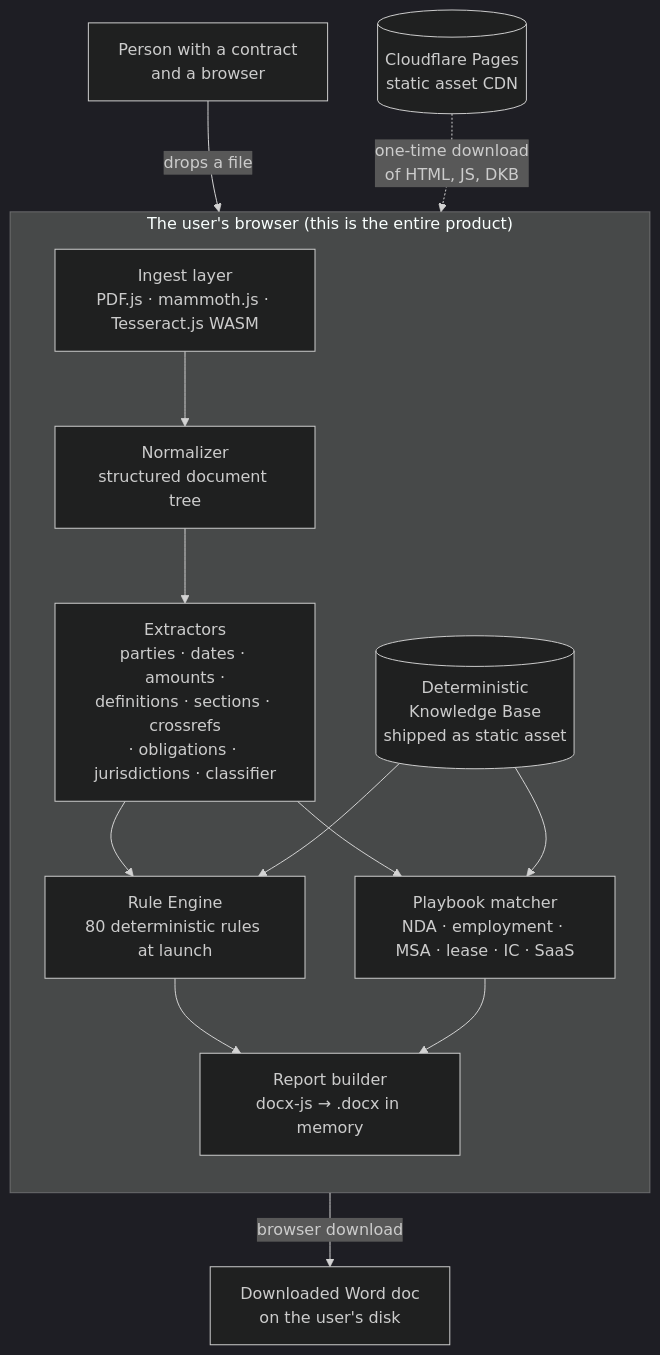
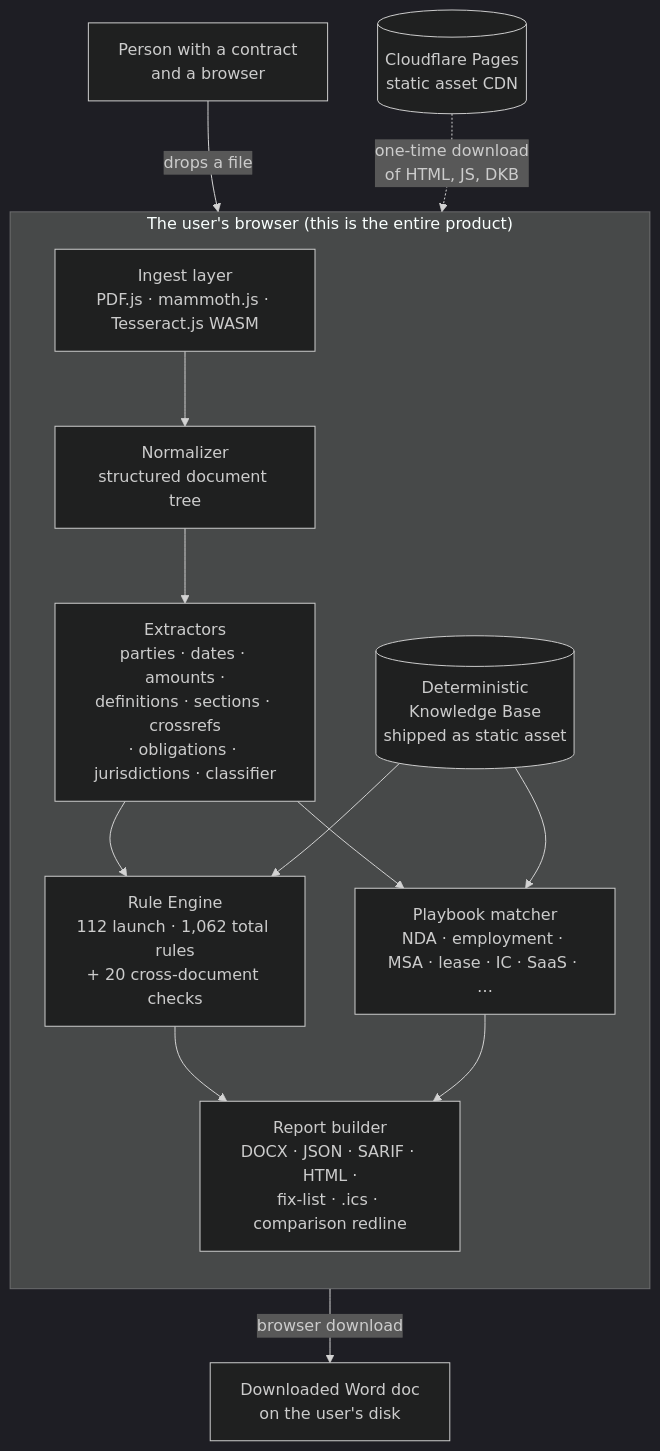
The diagram in docs/architecture.md (clay-good/vaulytica), drawn with Mermaid (dark theme) before and after one commit. The commit also changed other lines of this file and 1 other file, not shown here.

First line of the commit message:
docs: bring v8 overview + architecture current with redline & compare CLI

````diff
--- a/docs/architecture.md
+++ b/docs/architecture.md
@@ -5,28 +5,28 @@
 ```mermaid
 flowchart TB
     user[Person with a contract<br/>and a browser]
 
     subgraph browser["The user's browser (this is the entire product)"]
         direction TB
         ingest[Ingest layer<br/>PDF.js · mammoth.js · Tesseract.js WASM]
         normalize[Normalizer<br/>structured document tree]
         extract[Extractors<br/>parties · dates · amounts ·<br/>definitions · sections · crossrefs<br/>· obligations · jurisdictions · classifier]
-        engine[Rule Engine<br/>80 deterministic rules at launch]
-        playbook[Playbook matcher<br/>NDA · employment · MSA · lease · IC · SaaS]
+        engine[Rule Engine<br/>112 launch · 1,062 total rules<br/>+ 20 cross-document checks]
+        playbook[Playbook matcher<br/>NDA · employment · MSA · lease · IC · SaaS · …]
         dkb[(Deterministic<br/>Knowledge Base<br/>shipped as static asset)]
-        report[Report builder<br/>docx-js → .docx in memory]
+        report[Report builder<br/>DOCX · JSON · SARIF · HTML ·<br/>fix-list · .ics · comparison redline]
     end
 
     cdn[(Cloudflare Pages<br/>static asset CDN)]
     download[Downloaded Word doc<br/>on the user's disk]
 
     user -- "drops a file" --> ingest
     cdn -. "one-time download<br/>of HTML, JS, DKB" .-> browser
     ingest --> normalize --> extract --> engine
     extract --> playbook
     dkb --> engine
     dkb --> playbook
     engine --> report
     playbook --> report
     report -- "browser download" --> download
 ```
````
